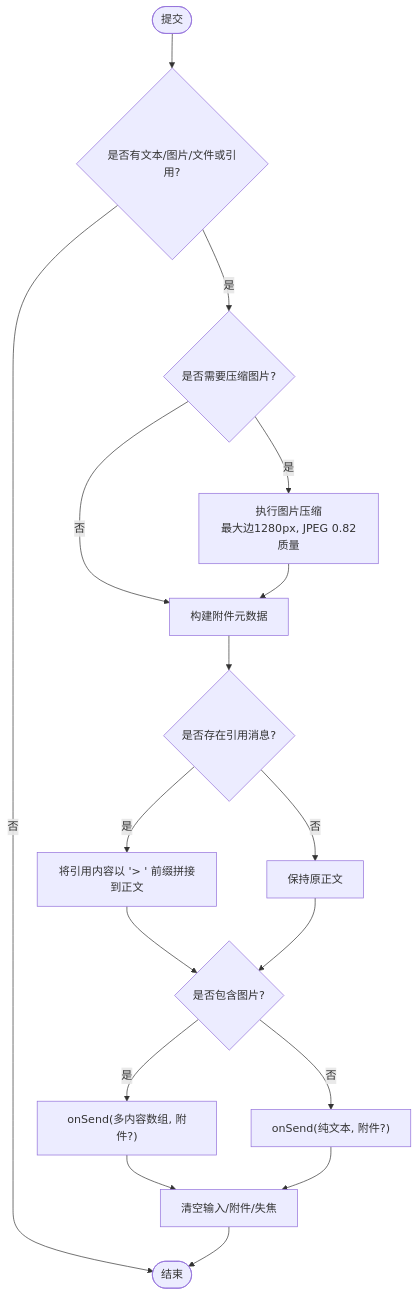
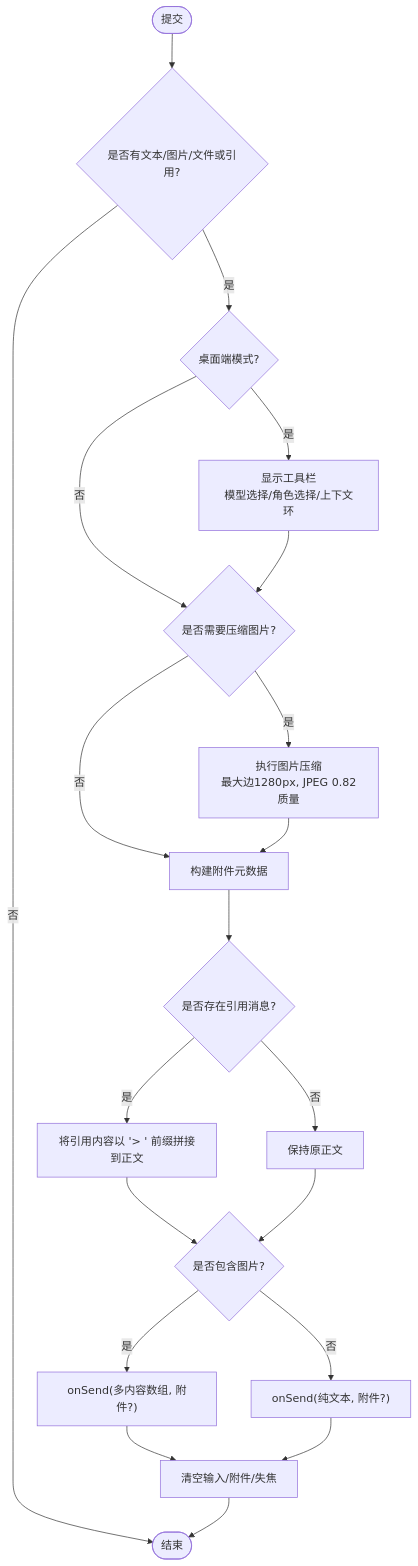
The third of 5 diagrams in .qoder/repowiki/zh/content/聊天模块/聊天输入组件.md (billye220670/AIShop), drawn with Mermaid before and after one commit. The commit also changed other lines of this file and 99 other files, not shown here.

````diff
--- a/.qoder/repowiki/zh/content/聊天模块/聊天输入组件.md
+++ b/.qoder/repowiki/zh/content/聊天模块/聊天输入组件.md
@@ -167,19 +206,22 @@
 ```mermaid
 flowchart TD
 Start(["提交"]) --> CheckEmpty{"是否有文本/图片/文件或引用?"}
 CheckEmpty -- 否 --> End(["结束"])
-CheckEmpty -- 是 --> CompressImages{"是否需要压缩图片?"}
+CheckEmpty -- 是 --> Desktop{"桌面端模式?"}
+Desktop -- 是 --> ShowToolbar["显示工具栏<br/>模型选择/角色选择/上下文环"]
+Desktop -- 否 --> CompressImages{"是否需要压缩图片?"}
+ShowToolbar --> CompressImages
 CompressImages -- 是 --> ProcessCompression["执行图片压缩<br/>最大边1280px, JPEG 0.82质量"]
 CompressImages -- 否 --> BuildAttachments["构建附件元数据"]
 ProcessCompression --> BuildAttachments
 BuildAttachments --> QuoteCheck{"是否存在引用消息?"}
 QuoteCheck -- 是 --> AppendQuote["将引用内容以 '> ' 前缀拼接到正文"]
 QuoteCheck -- 否 --> KeepText["保持原正文"]
 AppendQuote --> HasImages{"是否包含图片?"}
 KeepText --> HasImages
 HasImages -- 是 --> SendMulti["onSend(多内容数组, 附件?)"]
 HasImages -- 否 --> SendText["onSend(纯文本, 附件?)"]
 SendMulti --> Clear["清空输入/附件/失焦"]
 SendText --> Clear
 Clear --> End
 ```
````
